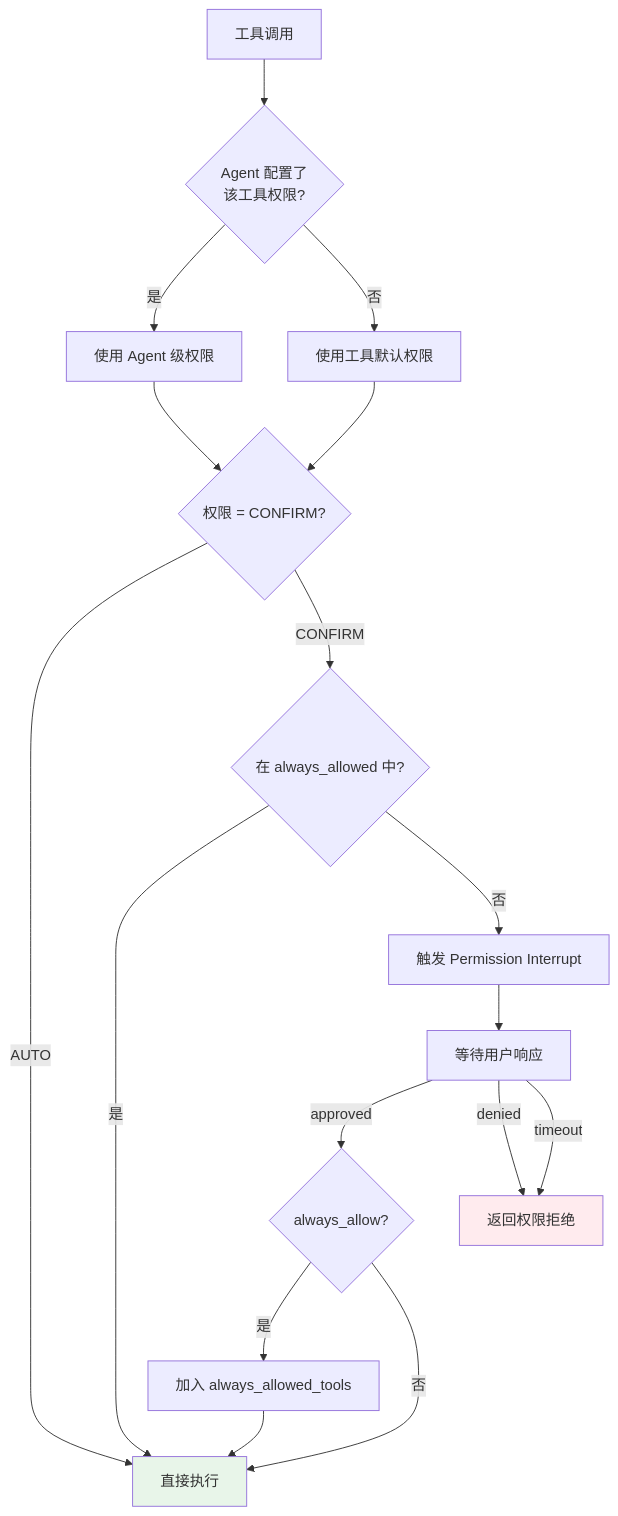
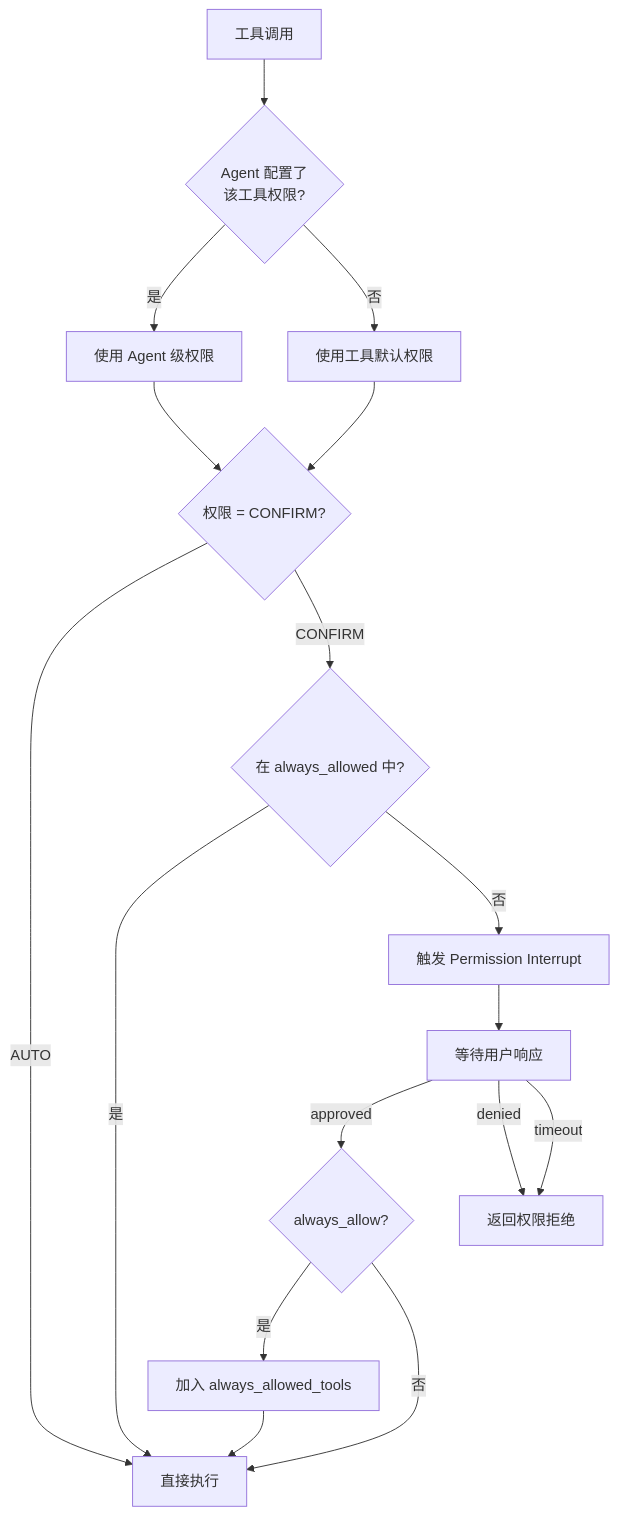
The diagram in docs/architecture/tools.md (Neutrino1998/artifact-flow), drawn with Mermaid before and after one commit. The commit also changed 4 other files, not shown here.

First line of the commit message:
docs: drop custom mermaid fill colors for dark-mode readability

````diff
--- a/docs/architecture/tools.md
+++ b/docs/architecture/tools.md
@@ -64,21 +64,18 @@
 ```mermaid
 flowchart TD
     START[工具调用] --> AGENT_PERM{Agent 配置了<br/>该工具权限?}
     AGENT_PERM -->|是| USE_AGENT[使用 Agent 级权限]
     AGENT_PERM -->|否| USE_TOOL[使用工具默认权限]
     USE_AGENT --> CHECK{权限 = CONFIRM?}
     USE_TOOL --> CHECK
     CHECK -->|AUTO| EXEC[直接执行]
     CHECK -->|CONFIRM| ALWAYS{在 always_allowed 中?}
     ALWAYS -->|是| EXEC
     ALWAYS -->|否| INTERRUPT[触发 Permission Interrupt]
     INTERRUPT --> WAIT[等待用户响应]
     WAIT -->|approved| AA{always_allow?}
     AA -->|是| ADD[加入 always_allowed_tools] --> EXEC
     AA -->|否| EXEC
     WAIT -->|denied| DENY[返回权限拒绝]
     WAIT -->|timeout| DENY
-
-    style EXEC fill:#e8f5e9
-    style DENY fill:#ffebee
 ```
````
